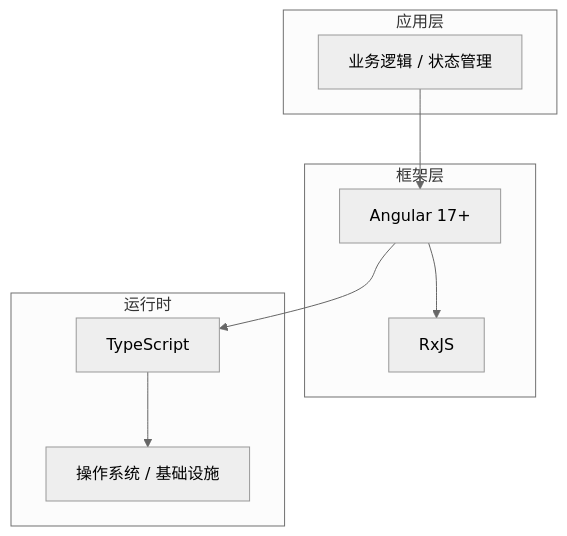
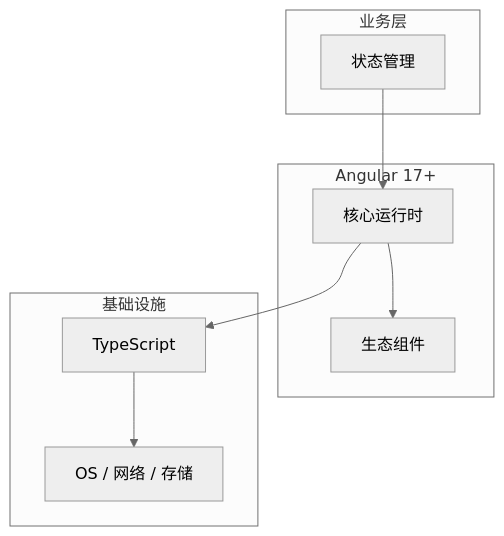
One commit to yanggan2015/knowledge-json-v2 changed the diagram in articles/Angular/chapters/061-状态管理核心概念与原理.md. Above: the diagram before and after it, drawn with Mermaid (neutral theme). The commit also changed other lines of this file and 10127 other files, not shown here.

````diff
--- a/articles/Angular/chapters/061-状态管理核心概念与原理.md
+++ b/articles/Angular/chapters/061-状态管理核心概念与原理.md
@@ -45,18 +34,18 @@
 ```mermaid
 graph TB
-    subgraph 应用层
-        A[业务逻辑 / 状态管理]
+    subgraph 业务层
+        A[状态管理]
     end
-    subgraph 框架层
-        B[Angular 17+]
-        C[RxJS]
+    subgraph Angular 17+
+        B[核心运行时]
+        C[生态组件]
     end
-    subgraph 运行时
+    subgraph 基础设施
         D[TypeScript]
-        E[操作系统 / 基础设施]
+        E[OS / 网络 / 存储]
     end
     A --> B
     B --> C
     B --> D
     D --> E
 ```
````
